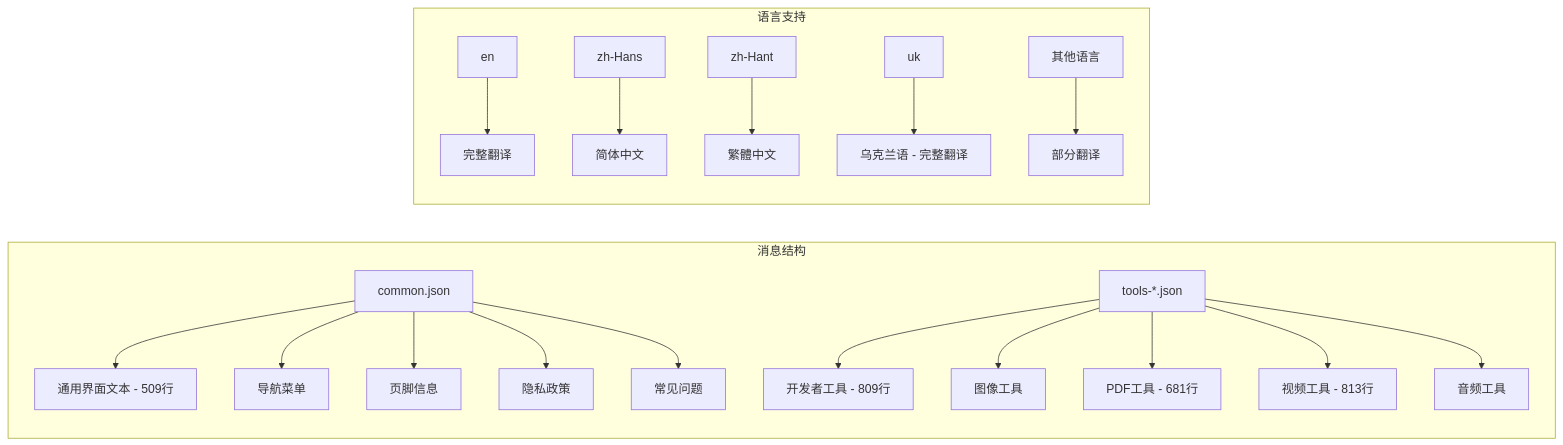
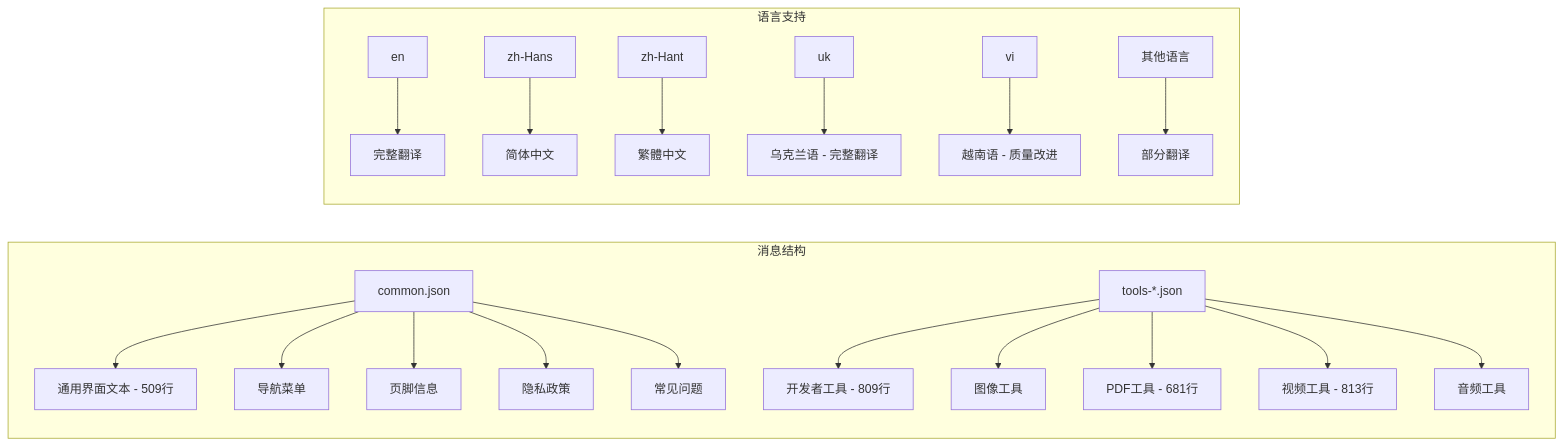
Before and after one commit to sgyy/privadeck: the third of 9 diagrams in .qoder/repowiki/zh/content/技术架构/国际化系统.md, drawn with Mermaid. The commit also changed other lines of this file and 1 other file, not shown here.

````diff
--- a/.qoder/repowiki/zh/content/技术架构/国际化系统.md
+++ b/.qoder/repowiki/zh/content/技术架构/国际化系统.md
@@ -175,22 +186,23 @@
 ```mermaid
 graph LR
 subgraph "消息结构"
 A[common.json] --> A1[通用界面文本 - 509行]
 A --> A2[导航菜单]
 A --> A3[页脚信息]
 A --> A4[隐私政策]
 A --> A5[常见问题]
 B[tools-*.json] --> B1[开发者工具 - 809行]
 B --> B2[图像工具]
 B --> B3[PDF工具 - 681行]
 B --> B4[视频工具 - 813行]
 B --> B5[音频工具]
 end
 subgraph "语言支持"
 C[en] --> C1[完整翻译]
 D[zh-Hans] --> D1[简体中文]
 E[zh-Hant] --> E1[繁體中文]
 F[uk] --> F1[乌克兰语 - 完整翻译]
-G[其他语言] --> G1[部分翻译]
+G[vi] --> G1[越南语 - 质量改进]
+H[其他语言] --> H1[部分翻译]
 end
 ```
````
